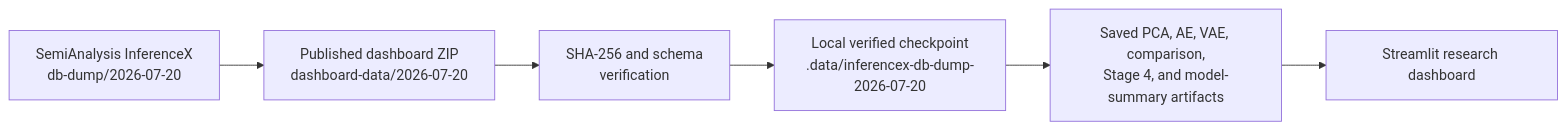
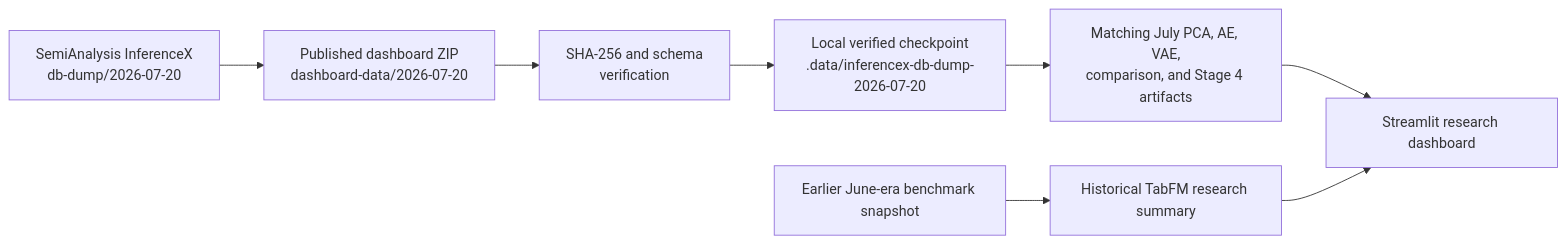
Before and after one commit to MQubeAI/InferenceX-PCA-demo: the first of 2 diagrams in README.md, drawn with Mermaid. The commit also changed other lines of this file, not shown here.

Commit message:
Clarify README research provenance

````diff
--- a/README.md
+++ b/README.md
@@ -49,8 +51,10 @@
 ```mermaid
 flowchart LR
     A[SemiAnalysis InferenceX\ndb-dump/2026-07-20] --> B[Published dashboard ZIP\ndashboard-data/2026-07-20]
     B --> C[SHA-256 and schema\nverification]
     C --> D[Local verified checkpoint\n.data/inferencex-db-dump-2026-07-20]
-    D --> E[Saved PCA, AE, VAE, comparison,\nStage 4, and model-summary artifacts]
+    D --> E[Matching July PCA, AE, VAE,\ncomparison, and Stage 4 artifacts]
     E --> F[Streamlit research dashboard]
+    G[Earlier June-era benchmark snapshot] --> H[Historical TabFM research summary]
+    H --> F
 ```
````
